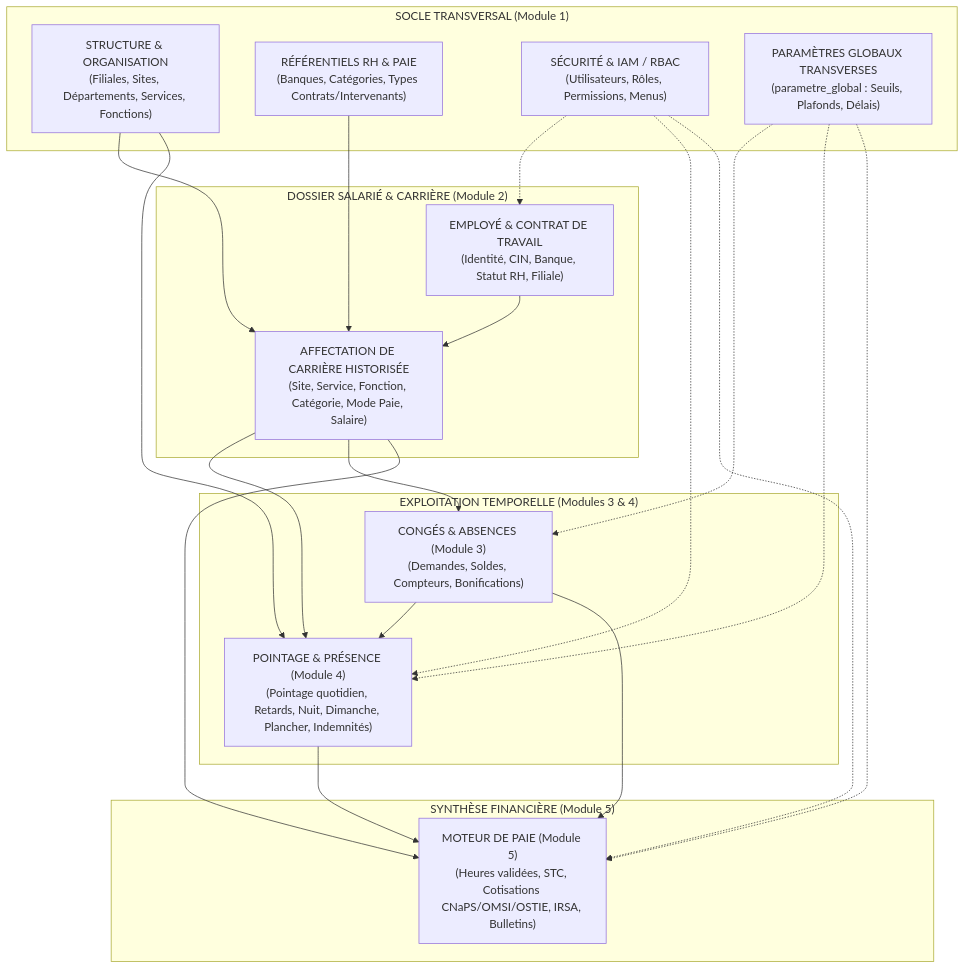
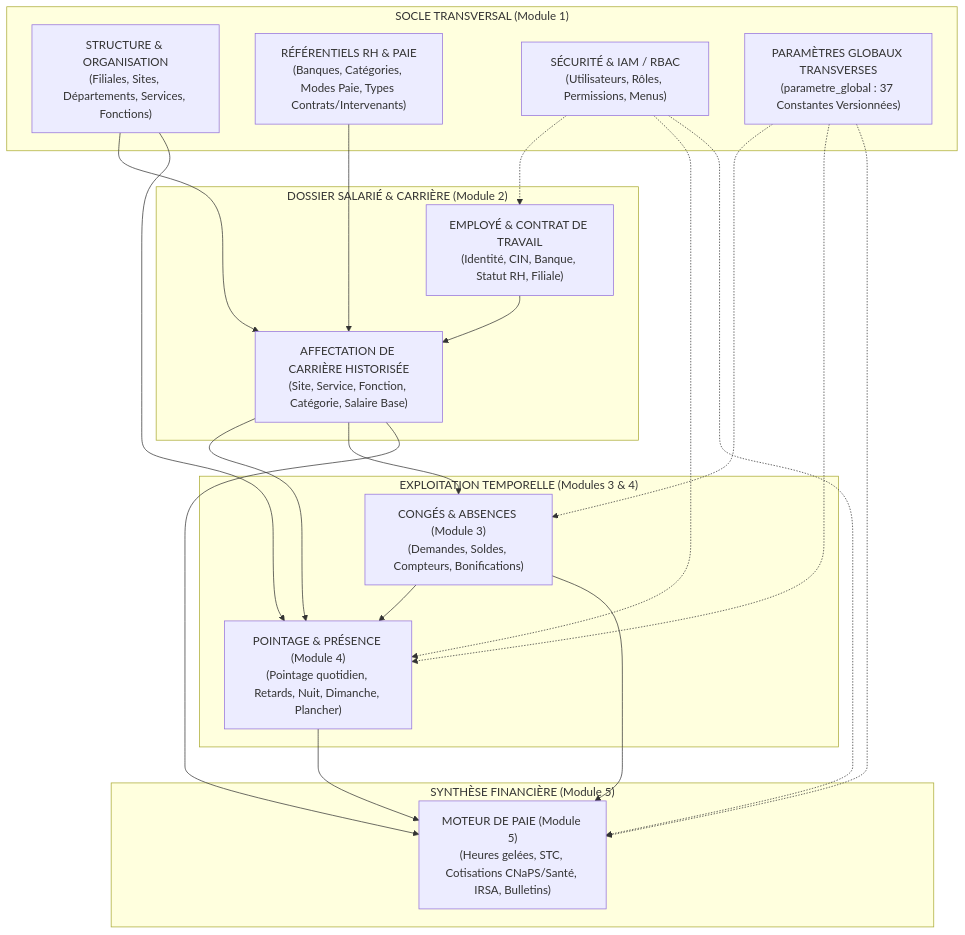
Before and after one commit to Tnyaina/GALAXAM-SIRH: the first of 6 diagrams in backend/docs/boky/module-structure-organisation.md, drawn with Mermaid. The commit also changed other lines of this file and 103 other files, not shown here.

````diff
--- a/backend/docs/boky/module-structure-organisation.md
+++ b/backend/docs/boky/module-structure-organisation.md
@@ -61,42 +69,42 @@
 ```mermaid
 graph TD
     subgraph "SOCLE TRANSVERSAL (Module 1)"
         STR["STRUCTURE & ORGANISATION<br/>(Filiales, Sites, Départements, Services, Fonctions)"]
-        REF["RÉFÉRENTIELS RH & PAIE<br/>(Banques, Catégories, Types Contrats/Intervenants)"]
+        REF["RÉFÉRENTIELS RH & PAIE<br/>(Banques, Catégories, Modes Paie, Types Contrats/Intervenants)"]
         ADM["SÉCURITÉ & IAM / RBAC<br/>(Utilisateurs, Rôles, Permissions, Menus)"]
-        CFG["PARAMÈTRES GLOBAUX TRANSVERSES<br/>(parametre_global : Seuils, Plafonds, Délais)"]
+        CFG["PARAMÈTRES GLOBAUX TRANSVERSES<br/>(parametre_global : 37 Constantes Versionnées)"]
     end
 
     subgraph "DOSSIER SALARIÉ & CARRIÈRE (Module 2)"
         EMP["EMPLOYÉ & CONTRAT DE TRAVAIL<br/>(Identité, CIN, Banque, Statut RH, Filiale)"]
-        CAR["AFFECTATION DE CARRIÈRE HISTORISÉE<br/>(Site, Service, Fonction, Catégorie, Mode Paie, Salaire)"]
+        CAR["AFFECTATION DE CARRIÈRE HISTORISÉE<br/>(Site, Service, Fonction, Catégorie, Salaire Base)"]
     end
 
     subgraph "EXPLOITATION TEMPORELLE (Modules 3 & 4)"
         CONG["CONGÉS & ABSENCES (Module 3)<br/>(Demandes, Soldes, Compteurs, Bonifications)"]
-        POIN["POINTAGE & PRÉSENCE (Module 4)<br/>(Pointage quotidien, Retards, Nuit, Dimanche, Plancher, Indemnités)"]
+        POIN["POINTAGE & PRÉSENCE (Module 4)<br/>(Pointage quotidien, Retards, Nuit, Dimanche, Plancher)"]
     end
 
     subgraph "SYNTHÈSE FINANCIÈRE (Module 5)"
-        PAIE["MOTEUR DE PAIE (Module 5)<br/>(Heures validées, STC, Cotisations CNaPS/OMSI/OSTIE, IRSA, Bulletins)"]
+        PAIE["MOTEUR DE PAIE (Module 5)<br/>(Heures gelées, STC, Cotisations CNaPS/Santé, IRSA, Bulletins)"]
     end
 
     STR --> CAR
     REF --> CAR
     STR --> POIN
     ADM -.-> EMP
     ADM -.-> POIN
     ADM -.-> PAIE
     CFG -.-> CONG
     CFG -.-> POIN
     CFG -.-> PAIE
 
     EMP --> CAR
     CAR --> POIN
     CAR --> CONG
     CAR --> PAIE
 
     CONG --> POIN
     POIN --> PAIE
     CONG --> PAIE
 ```
````
